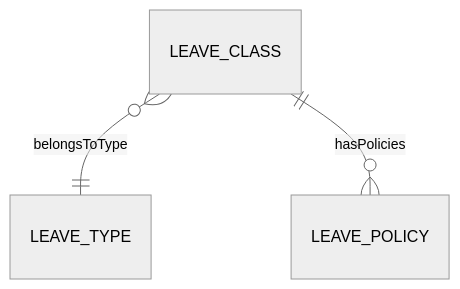
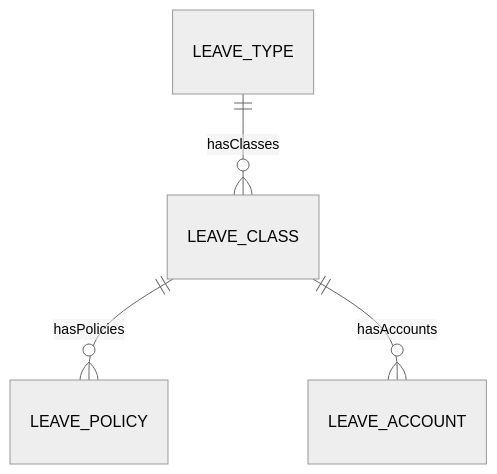
Before and after one commit to a4b-corporation/xTalent: the second of 3 diagrams in docs/01-modules/TA/00-ontology/domain/leave-definition/leave-class.onto.md, drawn with Mermaid (neutral theme). The commit also changed other lines of this file and 12 other files, not shown here.

````diff
--- a/docs/01-modules/TA/00-ontology/domain/leave-definition/leave-class.onto.md
+++ b/docs/01-modules/TA/00-ontology/domain/leave-definition/leave-class.onto.md
@@ -165,5 +209,6 @@
 ```mermaid
 erDiagram
-    LEAVE_CLASS }o--|| LEAVE_TYPE : "belongsToType"
+    LEAVE_TYPE ||--o{ LEAVE_CLASS : "hasClasses"
     LEAVE_CLASS ||--o{ LEAVE_POLICY : "hasPolicies"
+    LEAVE_CLASS ||--o{ LEAVE_ACCOUNT : "hasAccounts"
 ```
````
